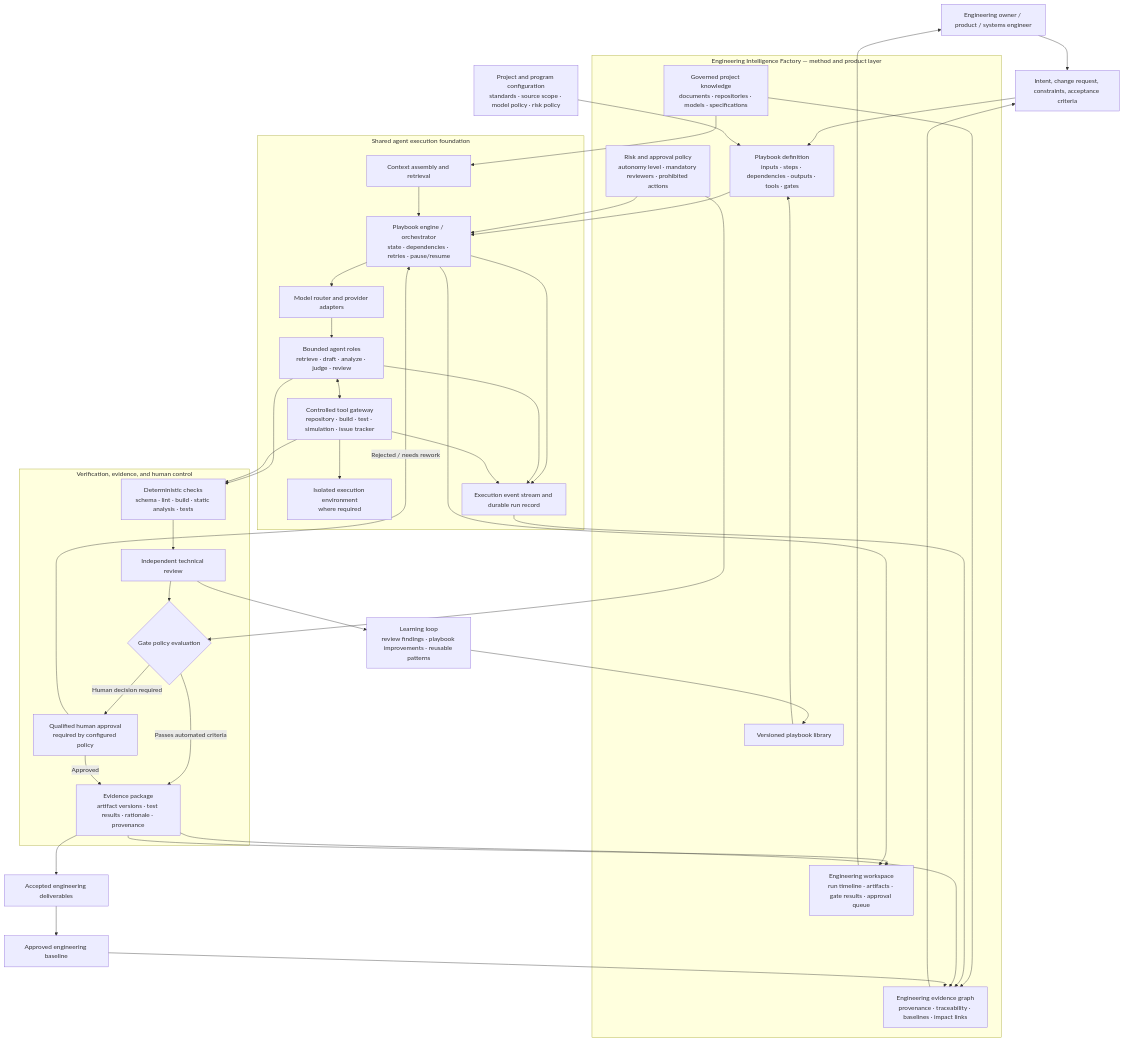
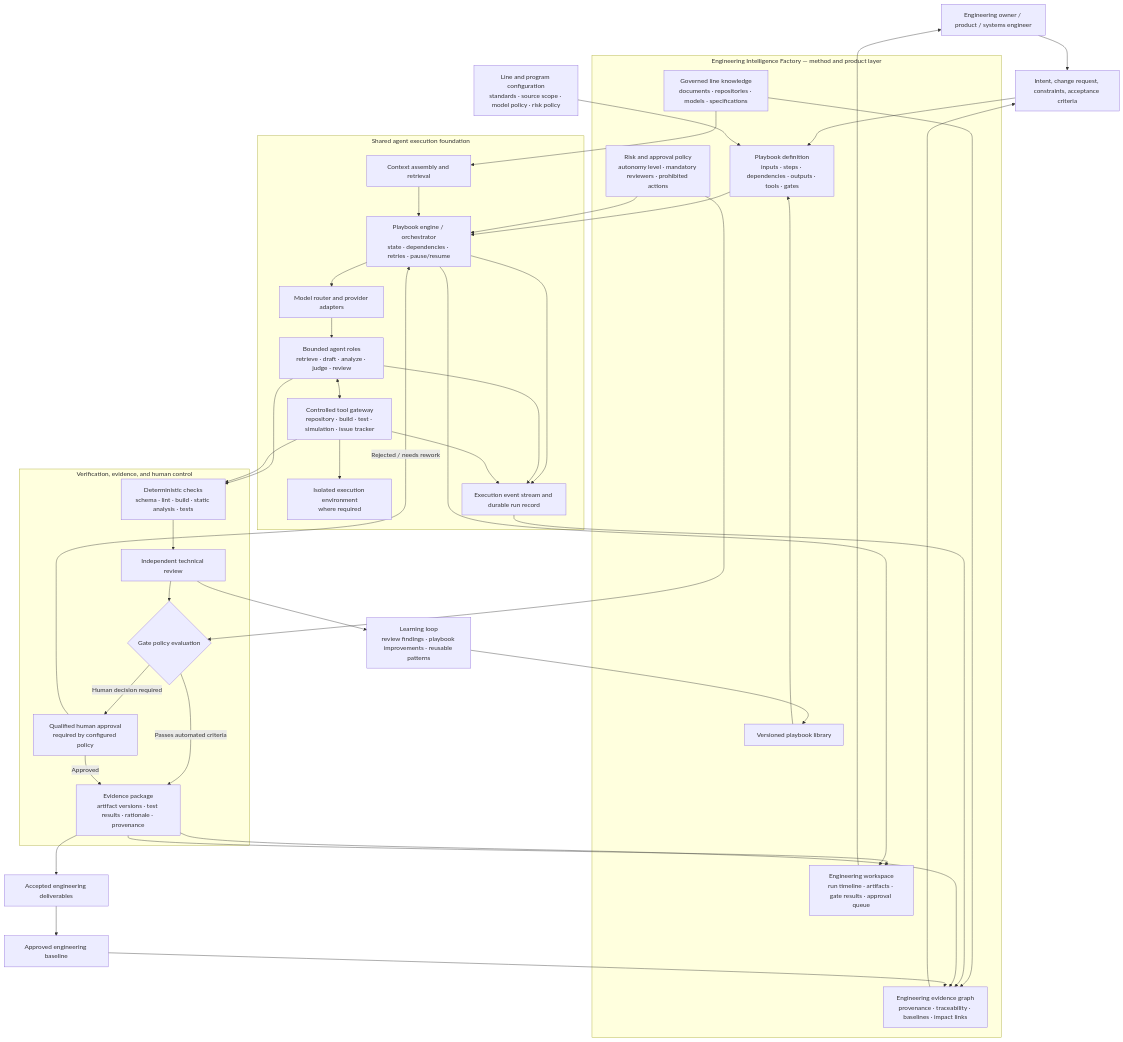
One commit to amodmulay-ltts/ai-local-sdlc changed the diagram in docs/CONCEPT.md. Above: the diagram before and after it, drawn with Mermaid. The commit also changed other lines of this file and 18 other files, not shown here.

Commit message:
updated the flow

````diff
--- a/docs/CONCEPT.md
+++ b/docs/CONCEPT.md
@@ -140,74 +177,74 @@
 ```mermaid
 flowchart TB
     HUMAN["Engineering owner / product / systems engineer"]
     INTENT["Intent, change request, constraints, acceptance criteria"]
-    CONFIG["Project and program configuration<br/>standards · source scope · model policy · risk policy"]
+    CONFIG["Line and program configuration<br/>standards · source scope · model policy · risk policy"]
 
     subgraph PRODUCT["Engineering Intelligence Factory — method and product layer"]
         LIB["Versioned playbook library"]
         PB["Playbook definition<br/>inputs · steps · dependencies · outputs · tools · gates"]
-        KNOW["Governed project knowledge<br/>documents · repositories · models · specifications"]
+        KNOW["Governed line knowledge<br/>documents · repositories · models · specifications"]
         GRAPH["Engineering evidence graph<br/>provenance · traceability · baselines · impact links"]
         POLICY["Risk and approval policy<br/>autonomy level · mandatory reviewers · prohibited actions"]
         UI["Engineering workspace<br/>run timeline · artifacts · gate results · approval queue"]
     end
 
     subgraph RUNTIME["Shared agent execution foundation"]
         ORCH["Playbook engine / orchestrator<br/>state · dependencies · retries · pause/resume"]
         CONTEXT["Context assembly and retrieval"]
         ROUTER["Model router and provider adapters"]
         AGENTS["Bounded agent roles<br/>retrieve · draft · analyze · judge · review"]
         TOOLS["Controlled tool gateway<br/>repository · build · test · simulation · issue tracker"]
         SANDBOX["Isolated execution environment<br/>where required"]
         EVENTS["Execution event stream and durable run record"]
     end
 
     subgraph QUALITY["Verification, evidence, and human control"]
         CHECKS["Deterministic checks<br/>schema · lint · build · static analysis · tests"]
         REVIEW["Independent technical review"]
         GATES{"Gate policy evaluation"}
         APPROVAL["Qualified human approval<br/>required by configured policy"]
         EVIDENCE["Evidence package<br/>artifact versions · test results · rationale · provenance"]
     end
 
     DELIVERY["Accepted engineering deliverables"]
     BASELINE["Approved engineering baseline"]
     FEEDBACK["Learning loop<br/>review findings · playbook improvements · reusable patterns"]
 
     HUMAN --> INTENT
     INTENT --> PB
     CONFIG --> PB
     LIB --> PB
     KNOW --> CONTEXT
     KNOW --> GRAPH
     PB --> ORCH
     POLICY --> ORCH
     CONTEXT --> ORCH
     ORCH --> ROUTER
     ROUTER --> AGENTS
     AGENTS <--> TOOLS
     TOOLS --> SANDBOX
     ORCH --> EVENTS
     AGENTS --> EVENTS
     TOOLS --> EVENTS
     EVENTS --> GRAPH
     AGENTS --> CHECKS
     TOOLS --> CHECKS
     CHECKS --> REVIEW
     REVIEW --> GATES
     POLICY --> GATES
     GATES -->|Passes automated criteria| EVIDENCE
     GATES -->|Human decision required| APPROVAL
     APPROVAL -->|Approved| EVIDENCE
     APPROVAL -->|Rejected / needs rework| ORCH
     EVIDENCE --> GRAPH
     EVIDENCE --> UI
     ORCH --> UI
     UI --> HUMAN
     EVIDENCE --> DELIVERY
     DELIVERY --> BASELINE
     BASELINE --> GRAPH
     GRAPH --> INTENT
     REVIEW --> FEEDBACK
     FEEDBACK --> LIB
 ```
````
